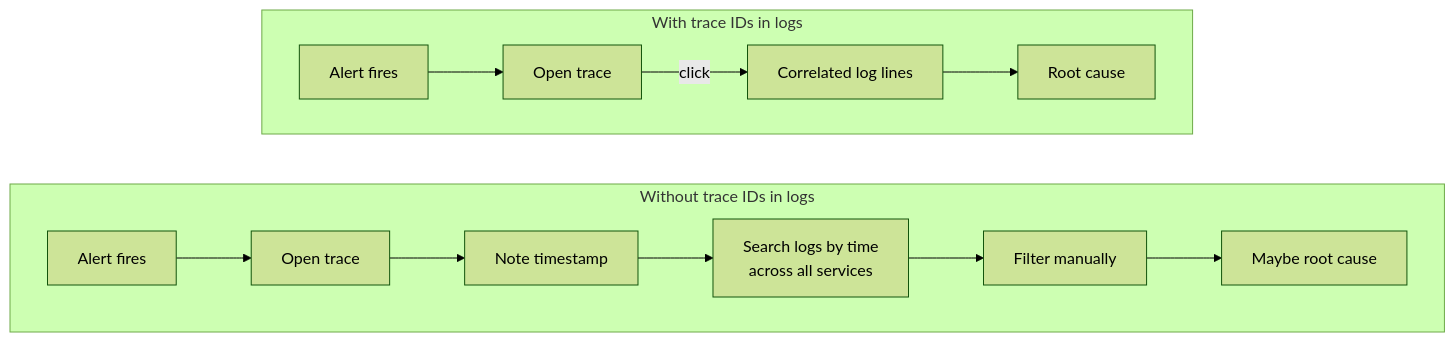
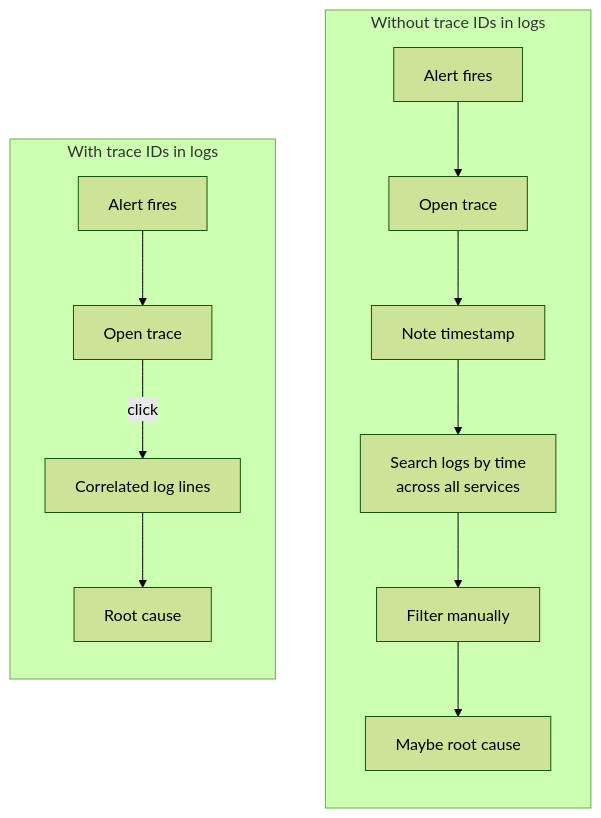
The first of 2 diagrams in content/howtos/wire-trace-ids-into-logs.md (radra23/scryops-site), drawn with Mermaid (forest theme) before and after one commit. The commit also changed 49 other files, not shown here.

First line of the commit message:
fix(diagrams): fit the 18 live Mermaid diagrams that panned under the 12/14 floor

```diff
--- a/content/howtos/wire-trace-ids-into-logs.md
+++ b/content/howtos/wire-trace-ids-into-logs.md
@@ -14,18 +14,18 @@
 {{< mermaid caption="Fig. — Trace IDs in logs turn root-causing from a manual timestamp search across every service into a single click from trace to log lines." >}}
-flowchart TB
+flowchart LR
     subgraph With["With trace IDs in logs"]
-        direction LR
+        direction TB
         A1[Alert fires] --> B1[Open trace]
         B1 -->|click| C1[Correlated log lines]
         C1 --> D1[Root cause]
     end
     subgraph Without["Without trace IDs in logs"]
-        direction LR
+        direction TB
         A2[Alert fires] --> B2[Open trace]
         B2 --> C2[Note timestamp]
         C2 --> D2[Search logs by time<br/>across all services]
         D2 --> E2[Filter manually]
         E2 --> F2[Maybe root cause]
     end
     With ~~~ Without
 {{< /mermaid >}}
```
